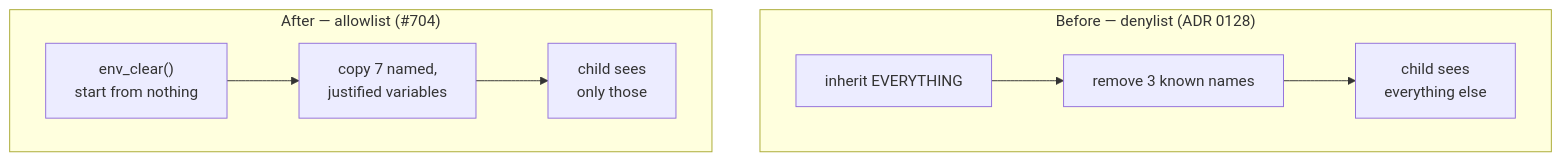
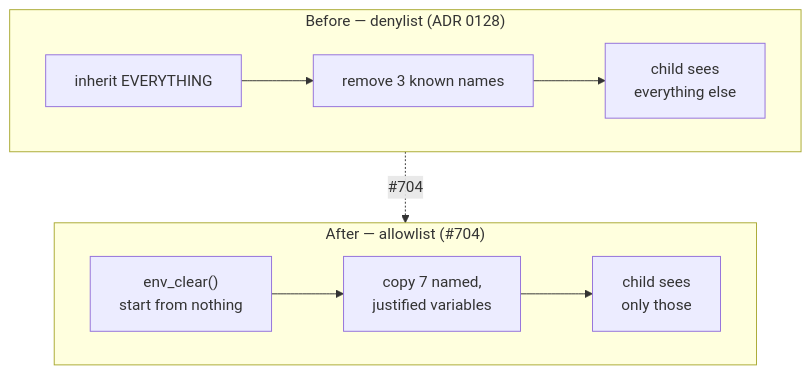
One commit to tom2025b/git-vista changed the third of 3 diagrams in docs/adr/0137-an-untrusted-checkout-inherits-an-allowlist.md. Above: the diagram before and after it, drawn with Mermaid. The commit also changed other lines of this file and 1 other file, not shown here.

Commit message:
docs(adr): render 0137, and force the before/after diagrams to read in order
Mermaid laid both before/after subgraph pairs out right-to-left, so
'After' sat left of 'Before' — actively misleading in a diagram whose
whole job is a direction. An explicit ordering edge between the
subgraphs fixes it, the same device ADR 0033 uses.

Verified rather than assumed: 20 pages, all three diagrams carrying
extractable text (pages 2, 5, 7), no syntax-error or unsupported-markdown
markers, and the allowlist diagram rasterised and read by eye. The label
grep alone was not enough — pdftotext wraps node labels across lines, so
a literal multi-word label reads as a miss.

Refs #702, #704

Claude-Session: https://claude.ai/code/session_01THVKC4BJa6nr3feDLevjc3

````diff
--- a/docs/adr/0137-an-untrusted-checkout-inherits-an-allowlist.md
+++ b/docs/adr/0137-an-untrusted-checkout-inherits-an-allowlist.md
@@ -98,11 +99,12 @@
 ```mermaid
 flowchart TD
   subgraph old["Before — denylist (ADR 0128)"]
     O1["inherit EVERYTHING"] --> O2["remove 3 known names"]
     O2 --> O3["child sees<br/>everything else"]
   end
   subgraph new["After — allowlist (#704)"]
     N1["env_clear()<br/>start from nothing"] --> N2["copy 7 named,<br/>justified variables"]
     N2 --> N3["child sees<br/>only those"]
   end
+  old -.->|"#704"| new
 ```
````
